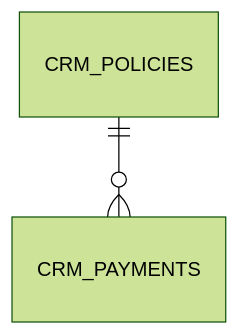
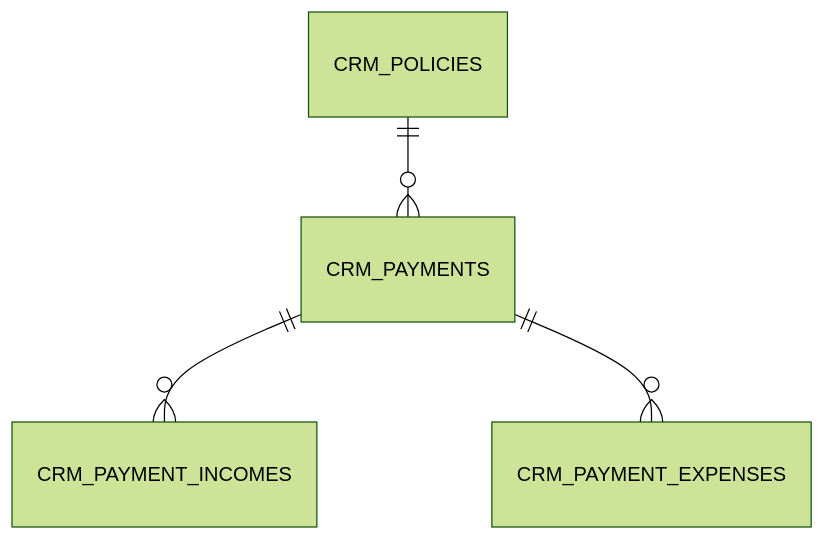
One commit to arhipvp/CRM_2.0 changed the third of 7 diagrams in docs/data-model.md. Above: the diagram before and after it, drawn with Mermaid (forest theme). The commit also changed other lines of this file and 6 other files, not shown here.

````diff
--- a/docs/data-model.md
+++ b/docs/data-model.md
@@ -83,4 +92,6 @@
 ```mermaid
 erDiagram
     CRM_POLICIES ||--o{ CRM_PAYMENTS : ""
+    CRM_PAYMENTS ||--o{ CRM_PAYMENT_INCOMES : ""
+    CRM_PAYMENTS ||--o{ CRM_PAYMENT_EXPENSES : ""
 ```
````
